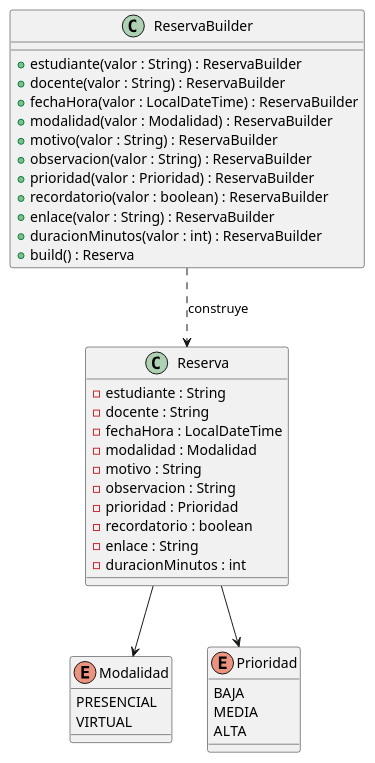
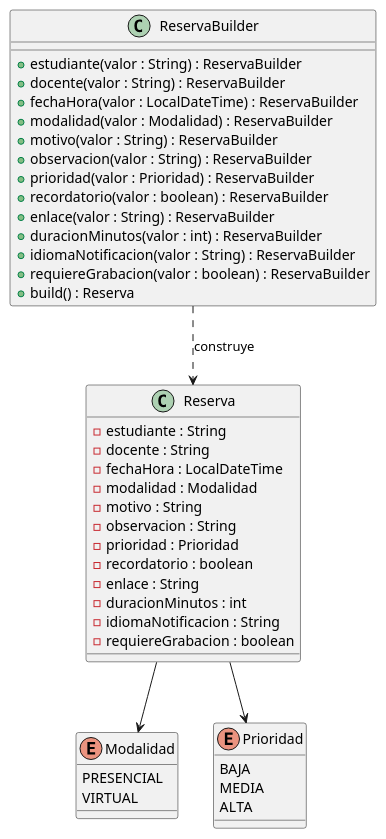
Before and after one commit to gpguzmano/actividad3-builder: the diagram in docs/builder.puml, drawn with PlantUML.

Commit message:
docs: ajuste en UML de builder

```diff
--- a/docs/builder.puml
+++ b/docs/builder.puml
@@ -1,45 +1,49 @@
 @startuml
 
 enum Modalidad {
     PRESENCIAL
     VIRTUAL
 }
 
 enum Prioridad {
     BAJA
     MEDIA
     ALTA
 }
 
 class Reserva {
     - estudiante : String
     - docente : String
     - fechaHora : LocalDateTime
     - modalidad : Modalidad
     - motivo : String
     - observacion : String
     - prioridad : Prioridad
     - recordatorio : boolean
     - enlace : String
     - duracionMinutos : int
+    - idiomaNotificacion : String
+    - requiereGrabacion : boolean
 }
 
 class ReservaBuilder {
     + estudiante(valor : String) : ReservaBuilder
     + docente(valor : String) : ReservaBuilder
     + fechaHora(valor : LocalDateTime) : ReservaBuilder
     + modalidad(valor : Modalidad) : ReservaBuilder
     + motivo(valor : String) : ReservaBuilder
     + observacion(valor : String) : ReservaBuilder
     + prioridad(valor : Prioridad) : ReservaBuilder
     + recordatorio(valor : boolean) : ReservaBuilder
     + enlace(valor : String) : ReservaBuilder
     + duracionMinutos(valor : int) : ReservaBuilder
+    + idiomaNotificacion(valor : String) : ReservaBuilder
+    + requiereGrabacion(valor : boolean) : ReservaBuilder
     + build() : Reserva
 }
 
 ReservaBuilder ..> Reserva : construye
 Reserva --> Modalidad
 Reserva --> Prioridad
 
 @enduml
```
